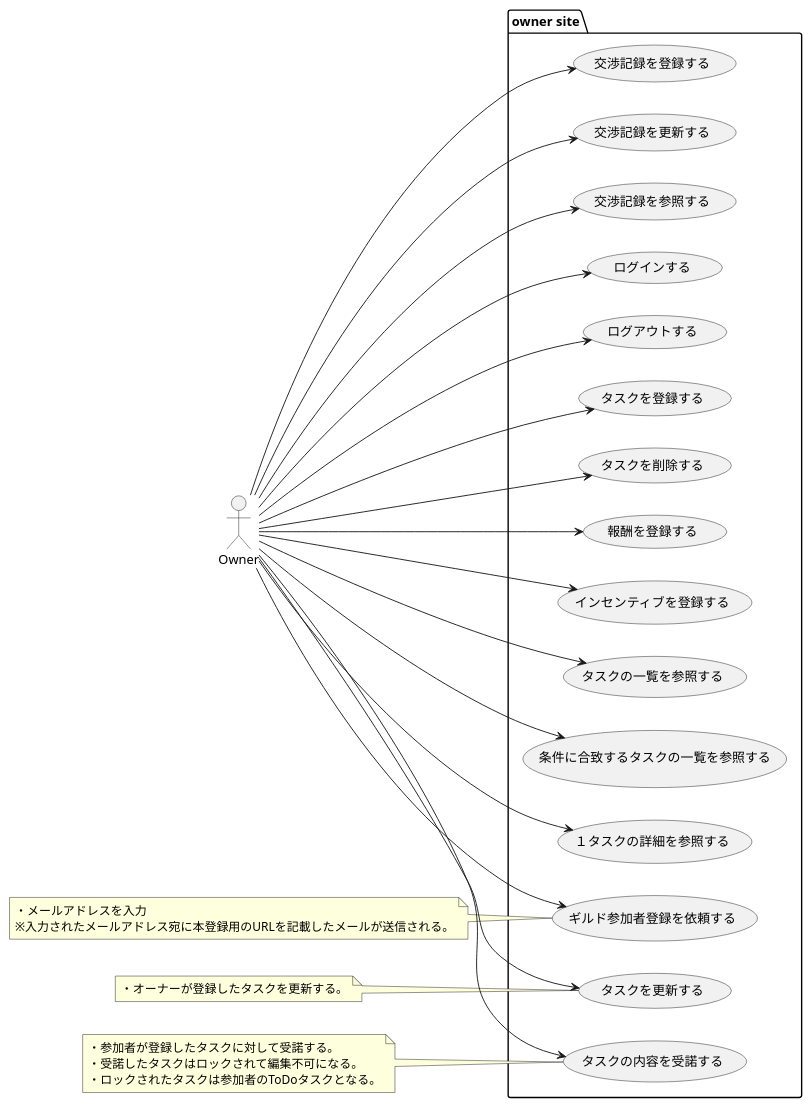
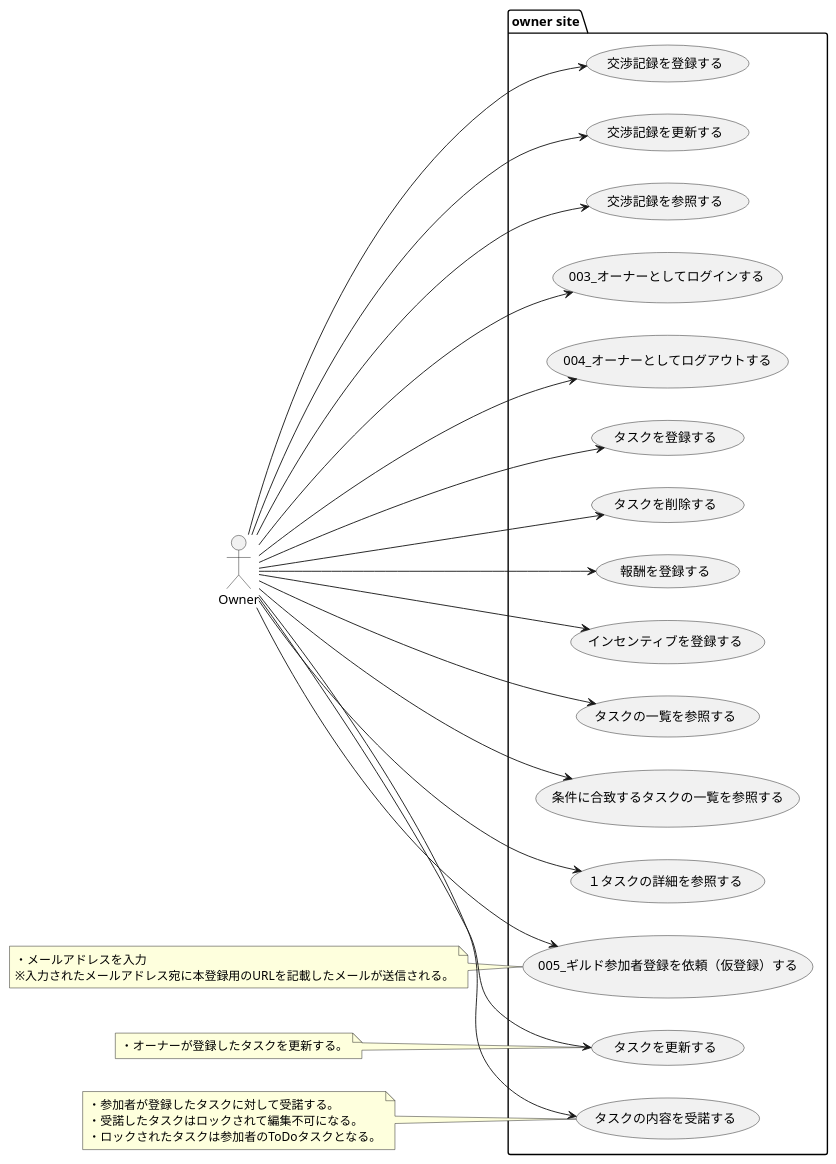
Before and after one commit to sky0621/familiagildo: the diagram in design/usecase/owner/usecase.puml, drawn with PlantUML. The commit also changed 11 other files, not shown here.

```diff
--- a/design/usecase/owner/usecase.puml
+++ b/design/usecase/owner/usecase.puml
@@ -1,56 +1,56 @@
 @startuml
 
 left to right direction
 
 actor Owner as o
 
 package "owner site" {
-    usecase "ログインする" as loginByOwner
-    usecase "ログアウトする" as logoutByOwner
-    usecase "ギルド参加者登録を依頼する" as requestCreateParticipant
+    usecase "003_オーナーとしてログインする" as loginByOwner
+    usecase "004_オーナーとしてログアウトする" as logoutByOwner
+    usecase "005_ギルド参加者登録を依頼（仮登録）する" as requestCreateParticipant
     usecase "タスクを登録する" as createTaskByOwner
     usecase "タスクを更新する" as updateTaskByOwner
     usecase "タスクを削除する" as deleteTaskByOwner
     usecase "報酬を登録する" as createRewardByOwner
     usecase "インセンティブを登録する" as createIncentiveByOwner
     usecase "タスクの一覧を参照する" as listTaskByOwner
     usecase "条件に合致するタスクの一覧を参照する" as findTaskByOwner
     usecase "１タスクの詳細を参照する" as getTaskByOwner
     usecase "交渉記録を登録する" as createNegotiationRecordByOwner
     usecase "交渉記録を更新する" as updateNegotiationRecordByOwner
     usecase "交渉記録を参照する" as getNegotiationRecordByOwner
     usecase "タスクの内容を受諾する" as acceptTaskByOwner
 }
 
 o --> loginByOwner
 o --> logoutByOwner
 o --> requestCreateParticipant
 o --> createTaskByOwner
 o --> updateTaskByOwner
 o --> deleteTaskByOwner
 o --> createRewardByOwner
 o --> createIncentiveByOwner
 o --> listTaskByOwner
 o --> findTaskByOwner
 o --> getTaskByOwner
 o --> createNegotiationRecordByOwner
 o --> updateNegotiationRecordByOwner
 o --> getNegotiationRecordByOwner
 o --> acceptTaskByOwner
 
 note left of requestCreateParticipant
 ・メールアドレスを入力
 ※入力されたメールアドレス宛に本登録用のURLを記載したメールが送信される。
 end note
 
 note left of updateTaskByOwner
 ・オーナーが登録したタスクを更新する。
 end note
 
 note left of acceptTaskByOwner
 ・参加者が登録したタスクに対して受諾する。
 ・受諾したタスクはロックされて編集不可になる。
 ・ロックされたタスクは参加者のToDoタスクとなる。
 end note
 
 @enduml
```
